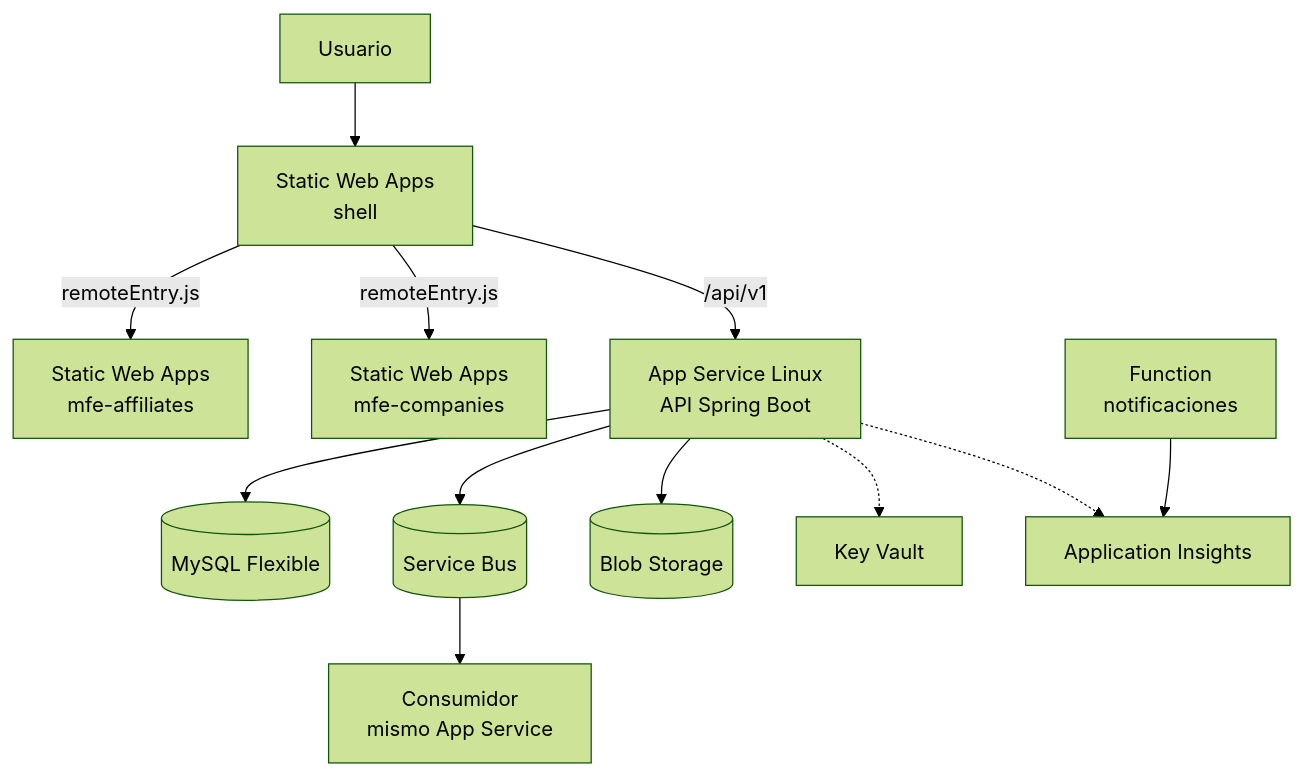
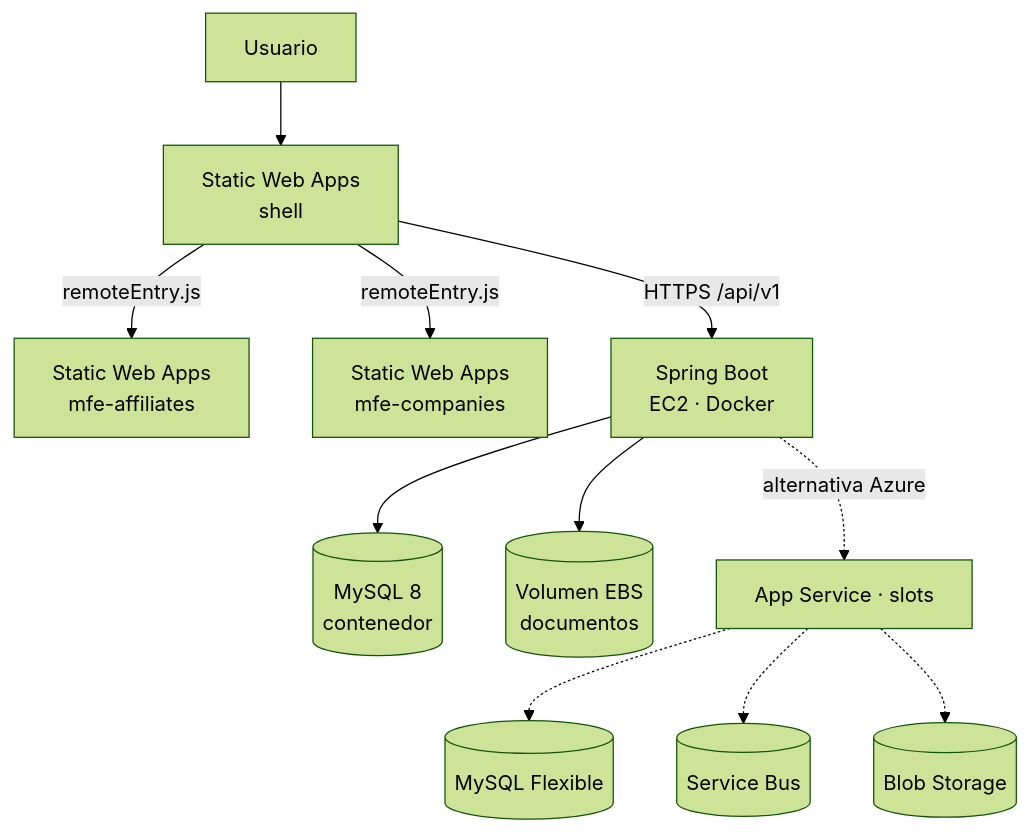
Before and after one commit to mcortesgranados/bits-americas-colsubsidio-fullstack-modernization: the first of 2 diagrams in docs/12-plan-despliegue-azure.md, drawn with Mermaid (forest theme). The commit also changed other lines of this file and 9 other files, not shown here.

````diff
--- a/docs/12-plan-despliegue-azure.md
+++ b/docs/12-plan-despliegue-azure.md
@@ -26,14 +32,13 @@
 ```mermaid
 flowchart TB
     U[Usuario] --> SHELL[Static Web Apps<br/>shell]
     SHELL -->|remoteEntry.js| MFA[Static Web Apps<br/>mfe-affiliates]
     SHELL -->|remoteEntry.js| MFC[Static Web Apps<br/>mfe-companies]
-    SHELL -->|/api/v1| API[App Service Linux<br/>API Spring Boot]
-    API --> DB[(MySQL Flexible)]
-    API --> SB[(Service Bus)]
-    API --> BLOB[(Blob Storage)]
-    SB --> CON[Consumidor<br/>mismo App Service]
-    API -.-> KV[Key Vault]
-    API -.-> AI[Application Insights]
-    FN[Function<br/>notificaciones] --> AI
+    SHELL -->|HTTPS /api/v1| API[Spring Boot<br/>EC2 · Docker]
+    API --> DB[(MySQL 8<br/>contenedor)]
+    API --> VOL[(Volumen EBS<br/>documentos)]
+    API -. alternativa Azure .-> APP[App Service · slots]
+    APP -.-> DBF[(MySQL Flexible)]
+    APP -.-> SB[(Service Bus)]
+    APP -.-> BLOB[(Blob Storage)]
 ```
````
